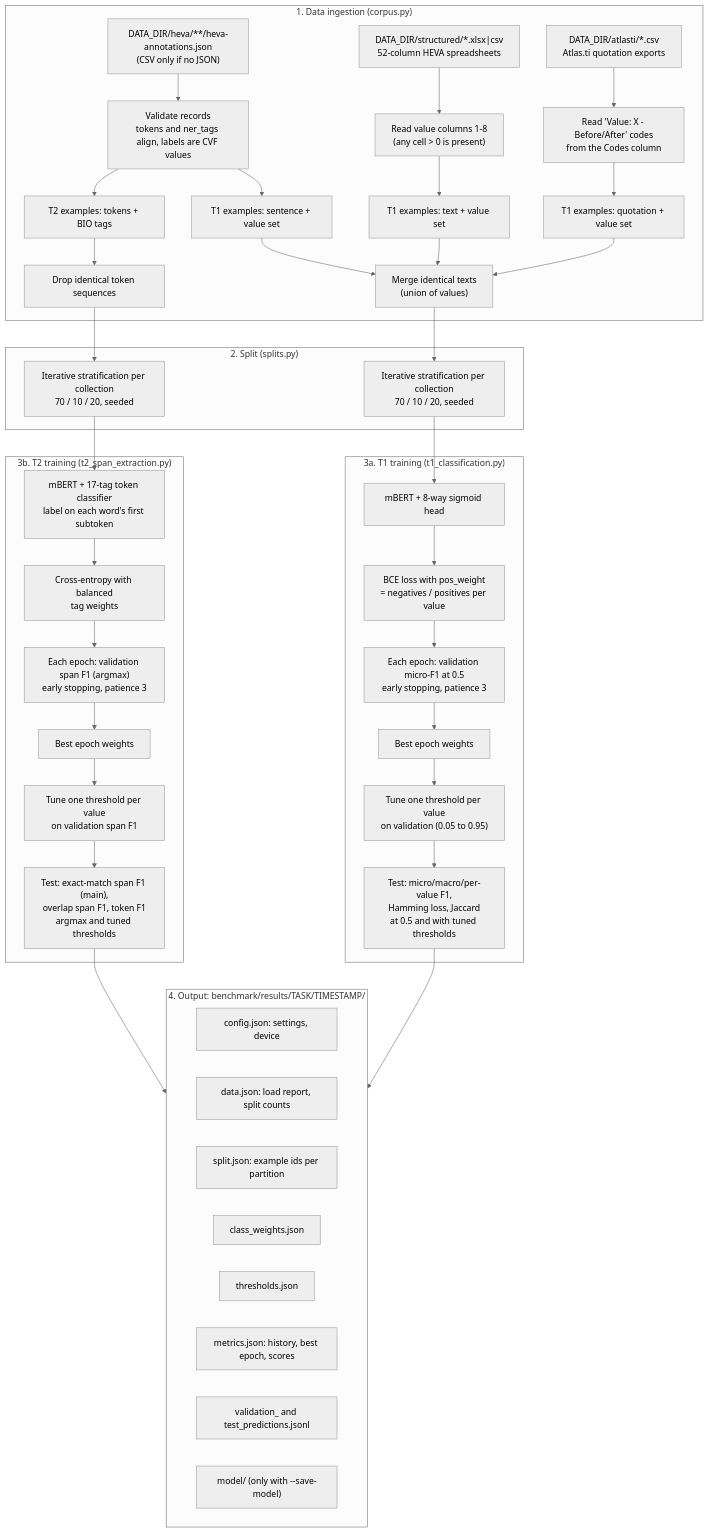
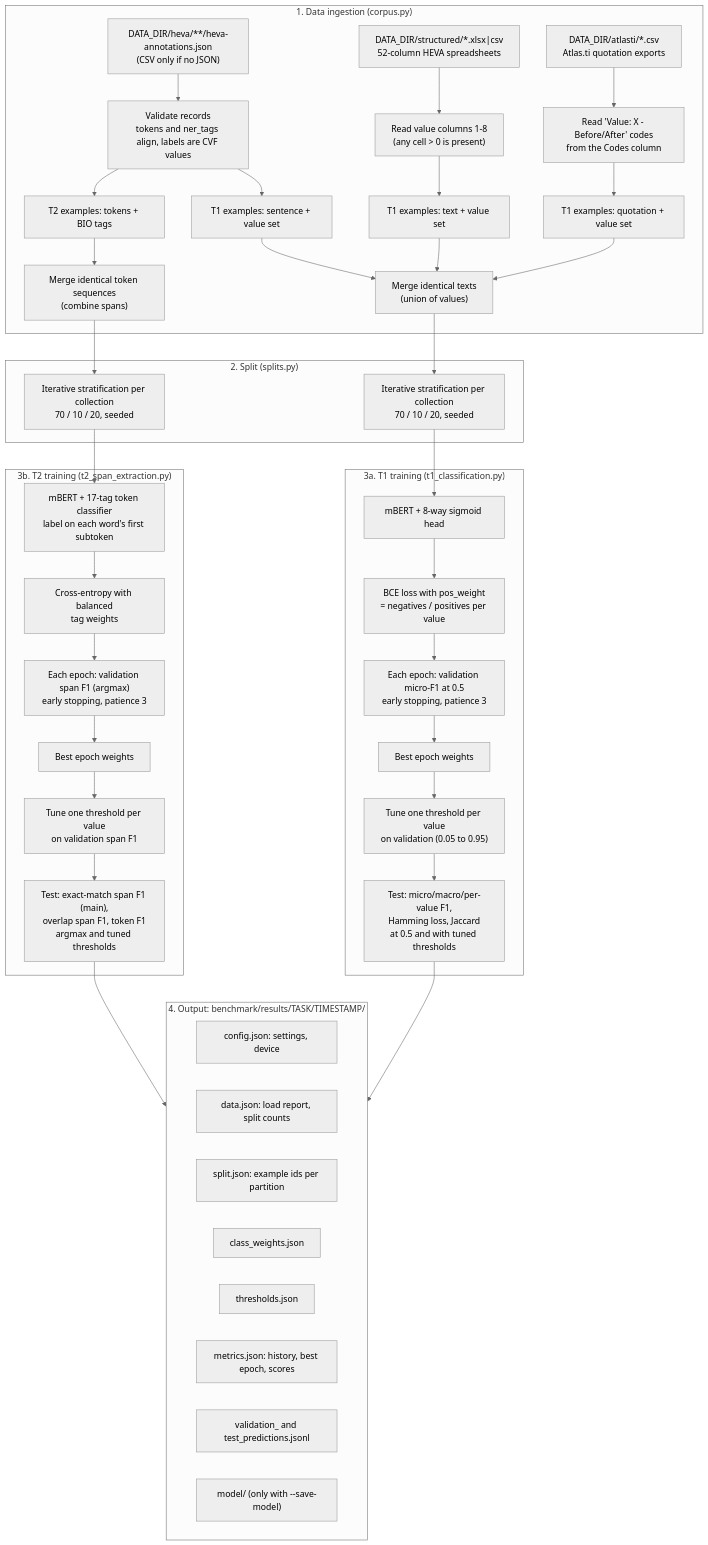
One commit to zzbn12345/HEVA_toolkit changed the diagram in src/heva/baselines/README.md. Above: the diagram before and after it, drawn with Mermaid (neutral theme). The commit also changed other lines of this file and 6 other files, not shown here.

````diff
--- a/src/heva/baselines/README.md
+++ b/src/heva/baselines/README.md
@@ -49,56 +49,56 @@
 ```mermaid
 flowchart TD
     subgraph INGEST["1. Data ingestion (corpus.py)"]
         H["DATA_DIR/heva/**/heva-annotations.json<br/>(CSV only if no JSON)"]
         S["DATA_DIR/structured/*.xlsx|csv<br/>52-column HEVA spreadsheets"]
         A["DATA_DIR/atlasti/*.csv<br/>Atlas.ti quotation exports"]
         S --> SV["Read value columns 1-8<br/>(any cell > 0 is present)"]
         SV --> T1S["T1 examples: text + value set"]
         T1S --> D1
         H --> HV["Validate records<br/>tokens and ner_tags align, labels are CVF values"]
         A --> AV["Read 'Value: X - Before/After' codes<br/>from the Codes column"]
         HV --> T1H["T1 examples: sentence + value set"]
         HV --> T2H["T2 examples: tokens + BIO tags"]
         AV --> T1A["T1 examples: quotation + value set"]
         T1H --> D1["Merge identical texts<br/>(union of values)"]
         T1A --> D1
-        T2H --> D2["Drop identical token sequences"]
+        T2H --> D2["Merge identical token sequences<br/>(combine spans)"]
     end
 
     subgraph SPLIT["2. Split (splits.py)"]
         D1 --> S1["Iterative stratification per collection<br/>70 / 10 / 20, seeded"]
         D2 --> S2["Iterative stratification per collection<br/>70 / 10 / 20, seeded"]
     end
 
     subgraph T1["3a. T1 training (t1_classification.py)"]
         S1 --> M1["mBERT + 8-way sigmoid head"]
         M1 --> L1["BCE loss with pos_weight<br/>= negatives / positives per value"]
         L1 --> E1["Each epoch: validation micro-F1 at 0.5<br/>early stopping, patience 3"]
         E1 --> B1["Best epoch weights"]
         B1 --> TH1["Tune one threshold per value<br/>on validation (0.05 to 0.95)"]
         TH1 --> EV1["Test: micro/macro/per-value F1,<br/>Hamming loss, Jaccard<br/>at 0.5 and with tuned thresholds"]
     end
 
     subgraph T2["3b. T2 training (t2_span_extraction.py)"]
         S2 --> M2["mBERT + 17-tag token classifier<br/>label on each word's first subtoken"]
         M2 --> L2["Cross-entropy with balanced<br/>tag weights"]
         L2 --> E2["Each epoch: validation span F1 (argmax)<br/>early stopping, patience 3"]
         E2 --> B2["Best epoch weights"]
         B2 --> TH2["Tune one threshold per value<br/>on validation span F1"]
         TH2 --> EV2["Test: exact-match span F1 (main),<br/>overlap span F1, token F1<br/>argmax and tuned thresholds"]
     end
 
     subgraph OUT["4. Output: benchmark/results/TASK/TIMESTAMP/"]
         O1["config.json: settings, device"]
         O2["data.json: load report, split counts"]
         O3["split.json: example ids per partition"]
         O4["class_weights.json"]
         O5["thresholds.json"]
         O6["metrics.json: history, best epoch, scores"]
         O7["validation_ and test_predictions.jsonl"]
         O8["model/ (only with --save-model)"]
     end
 
     EV1 --> OUT
     EV2 --> OUT
 ```
````
